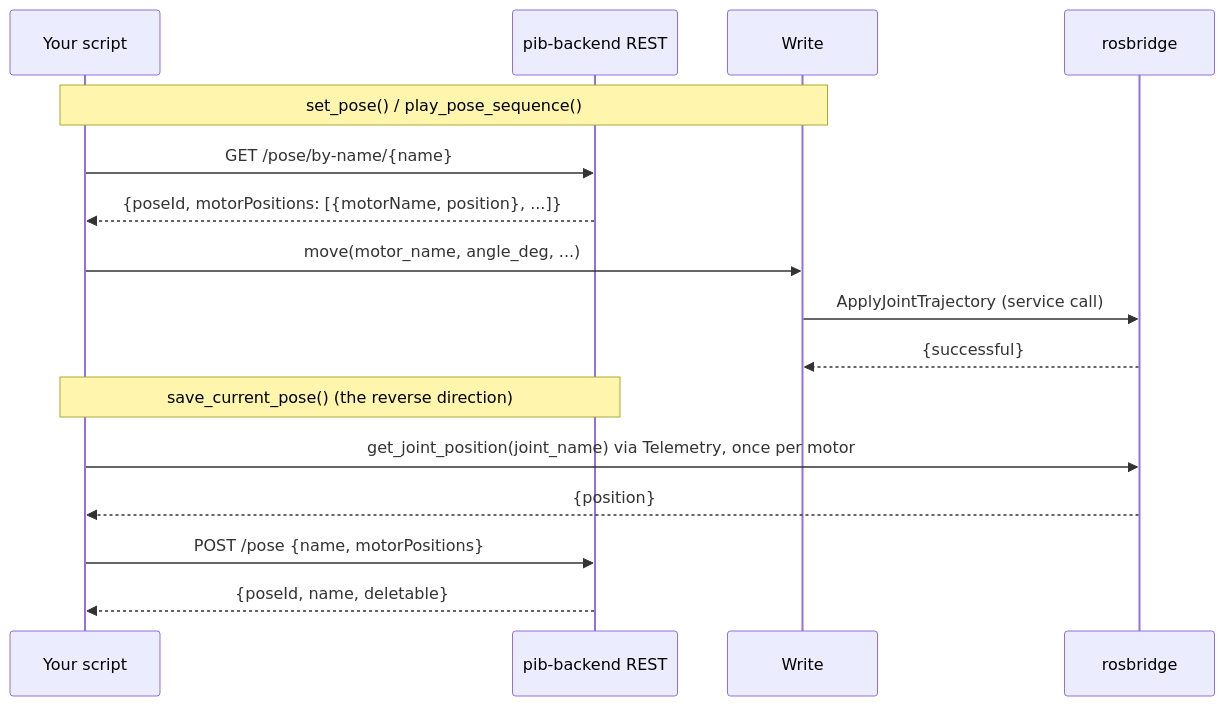
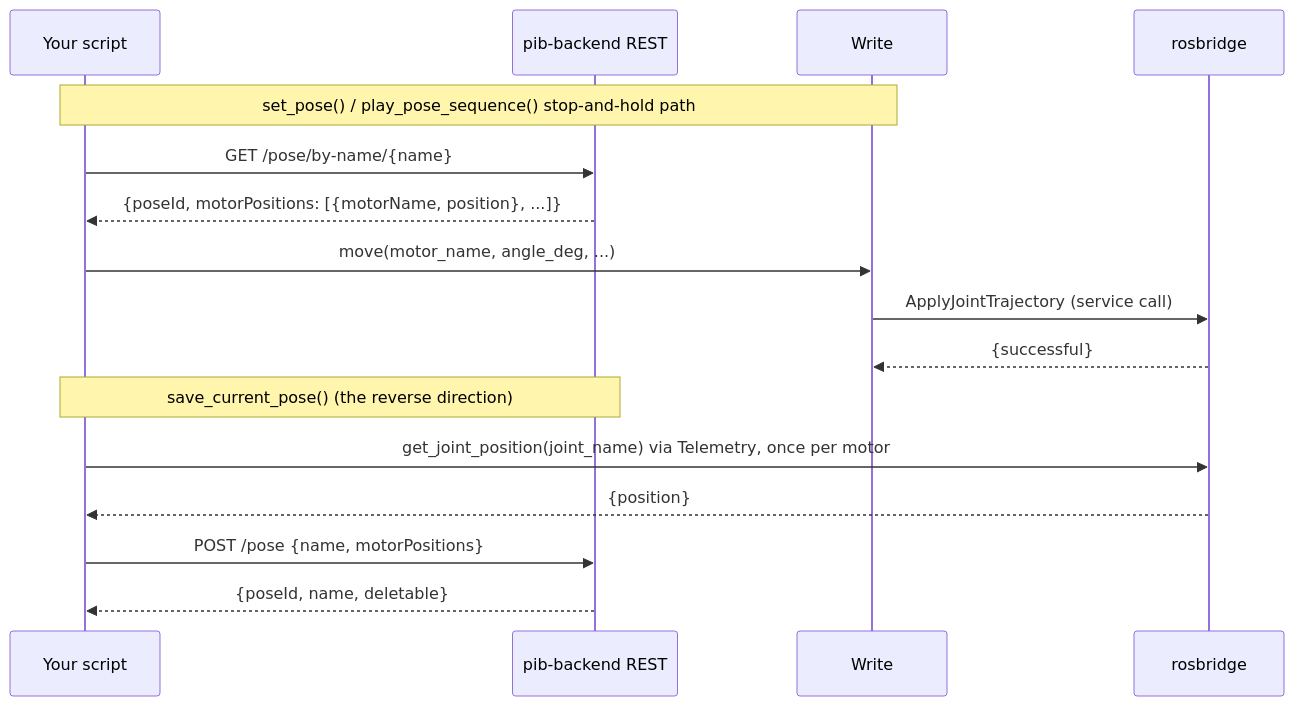
The eighth of 10 diagrams in docs/ARCHITECTURE.md (pib-rocks/pib-sdk), drawn with Mermaid before and after one commit. The commit also changed other lines of this file and 16 other files, not shown here.

````diff
--- a/docs/ARCHITECTURE.md
+++ b/docs/ARCHITECTURE.md
@@ -399,20 +401,20 @@
 ```mermaid
 sequenceDiagram
     participant U as Your script
     participant BE as pib-backend REST
     participant W as Write
     participant RB as rosbridge
 
-    Note over U,W: set_pose() / play_pose_sequence()
+    Note over U,W: set_pose() / play_pose_sequence() stop-and-hold path
     U->>BE: GET /pose/by-name/{name}
     BE-->>U: {poseId, motorPositions: [{motorName, position}, ...]}
     U->>W: move(motor_name, angle_deg, ...)
     W->>RB: ApplyJointTrajectory (service call)
     RB-->>W: {successful}
 
     Note over U,BE: save_current_pose() (the reverse direction)
     U->>RB: get_joint_position(joint_name) via Telemetry, once per motor
     RB-->>U: {position}
     U->>BE: POST /pose {name, motorPositions}
     BE-->>U: {poseId, name, deletable}
 ```
````
